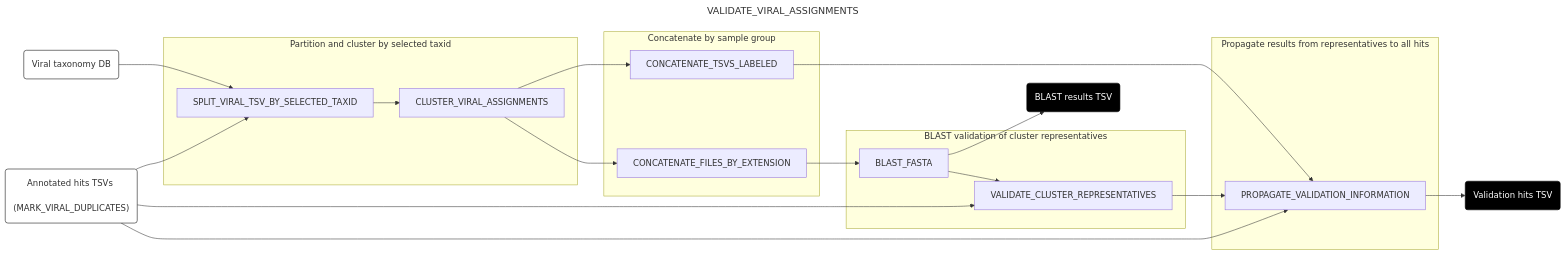
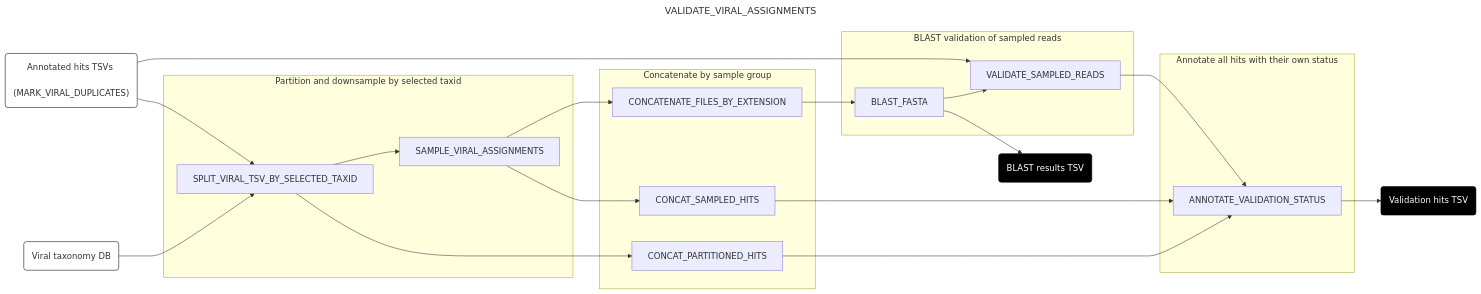
One commit to securebio/nao-mgs-workflow changed the fifth of 10 diagrams in docs/downstream.md. Above: the diagram before and after it, drawn with Mermaid. The commit also changed other lines of this file and 67 other files, not shown here.

````diff
--- a/docs/downstream.md
+++ b/docs/downstream.md
@@ -191,40 +212,42 @@
 ```mermaid
 ---
 title: VALIDATE_VIRAL_ASSIGNMENTS
 config:
   layout: horizontal
 ---
 flowchart LR
 C("Viral taxonomy DB") --> B[SPLIT_VIRAL_TSV_BY_SELECTED_TAXID]
 A("Annotated hits TSVs <br> (MARK_VIRAL_DUPLICATES)") --> B
-B --> D[CLUSTER_VIRAL_ASSIGNMENTS]
+B --> D[SAMPLE_VIRAL_ASSIGNMENTS]
+B --> F[CONCAT_PARTITIONED_HITS]
 D --> E[CONCATENATE_FILES_BY_EXTENSION]
-D --> F[CONCATENATE_TSVS_LABELED]
+D --> S[CONCAT_SAMPLED_HITS]
 E --> G[BLAST_FASTA]
-G --> H[VALIDATE_CLUSTER_REPRESENTATIVES]
+G --> H[VALIDATE_SAMPLED_READS]
 A --> H
-F --> I[PROPAGATE_VALIDATION_INFORMATION]
+F --> I[ANNOTATE_VALIDATION_STATUS]
+S --> I
 H --> I
-A --> I
 I --> J(Validation hits TSV)
 G --> K(BLAST results TSV)
-subgraph "Partition and cluster by selected taxid"
+subgraph "Partition and downsample by selected taxid"
 B
 D
 end
 subgraph "Concatenate by sample group"
 E
 F
+S
 end
-subgraph "BLAST validation of cluster representatives"
+subgraph "BLAST validation of sampled reads"
 G
 H
 end
-subgraph "Propagate results from representatives to all hits"
+subgraph "Annotate all hits with their own status"
 I
 end
 style A fill:#fff,stroke:#000
 style C fill:#fff,stroke:#000
 style J fill:#000,color:#fff,stroke:#000
 style K fill:#000,color:#fff,stroke:#000
 ```
````
